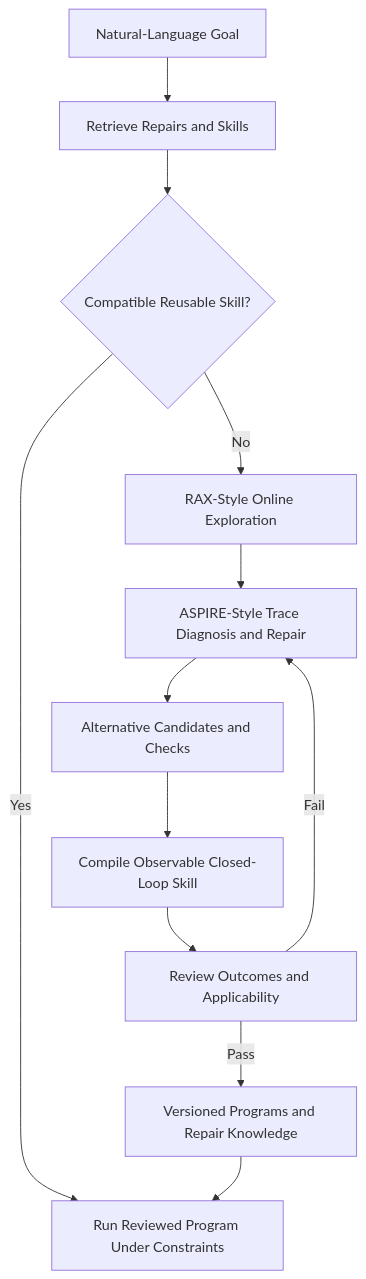
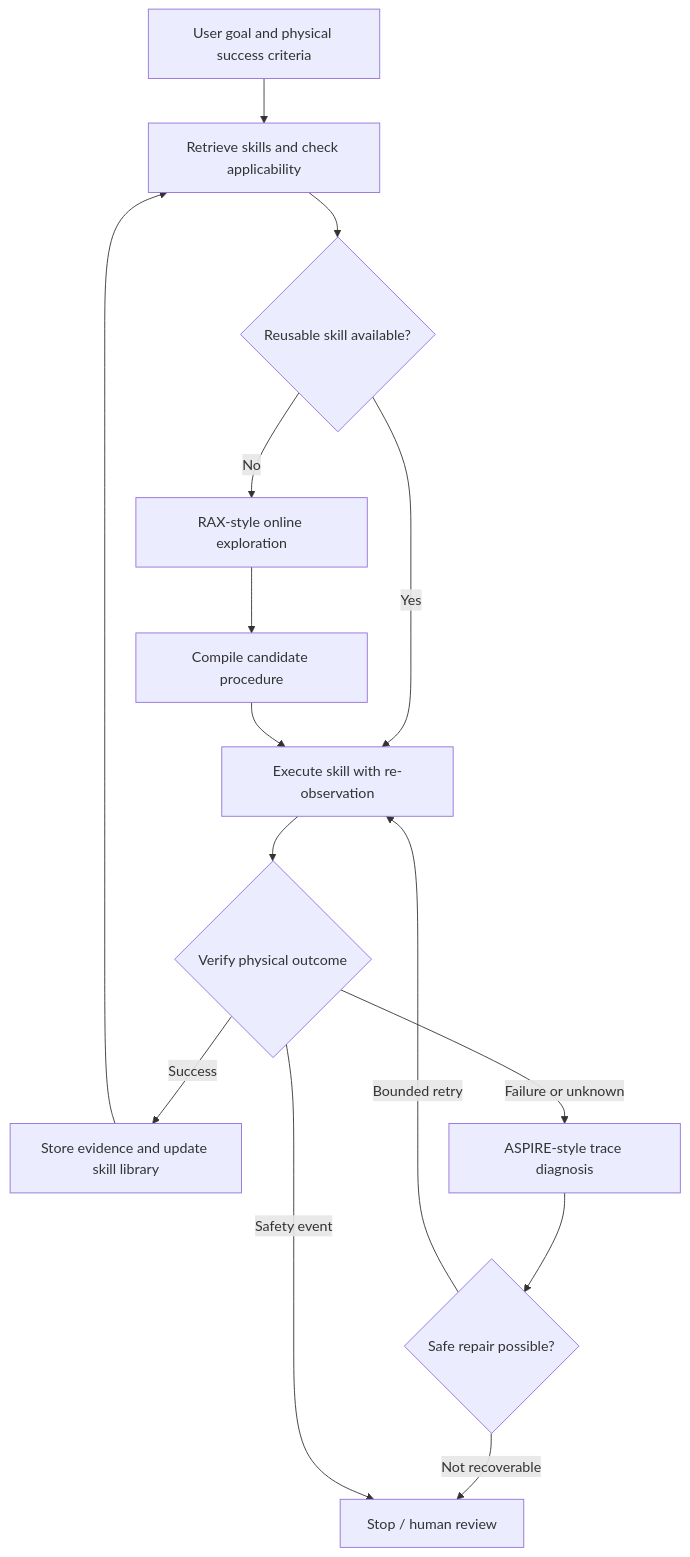
Before and after one commit to zengxiong111/Foundation_of_Embodied_AI: the second of 2 diagrams in md/Robot_Agent_Workflow_EN.md, drawn with Mermaid. The commit also changed other lines of this file and 8 other files, not shown here.

````diff
--- a/md/Robot_Agent_Workflow_EN.md
+++ b/md/Robot_Agent_Workflow_EN.md
@@ -313,14 +192,17 @@
 ```mermaid
-flowchart TD
- G[Natural-Language Goal] --> M[Retrieve Repairs and Skills]
- M --> Q{Compatible Reusable Skill?}
- Q -- Yes --> R[Run Reviewed Program Under Constraints]
- Q -- No --> X[RAX-Style Online Exploration]
- X --> A[ASPIRE-Style Trace Diagnosis and Repair]
- A --> E[Alternative Candidates and Checks]
- E --> C[Compile Observable Closed-Loop Skill]
- C --> V[Review Outcomes and Applicability]
- V -- Pass --> L[Versioned Programs and Repair Knowledge]
- V -- Fail --> A
- L --> R
+flowchart TB
+    U[User goal and physical success criteria] --> K[Retrieve skills and check applicability]
+    K --> D{Reusable skill available?}
+    D -->|Yes| X[Execute skill with re-observation]
+    D -->|No| E[RAX-style online exploration]
+    E --> B[Compile candidate procedure]
+    B --> X
+    X --> J{Verify physical outcome}
+    J -->|Success| M[Store evidence and update skill library]
+    J -->|Failure or unknown| T[ASPIRE-style trace diagnosis]
+    T --> F{Safe repair possible?}
+    F -->|Bounded retry| X
+    F -->|Not recoverable| H[Stop / human review]
+    J -->|Safety event| H
+    M --> K
 ```
````
